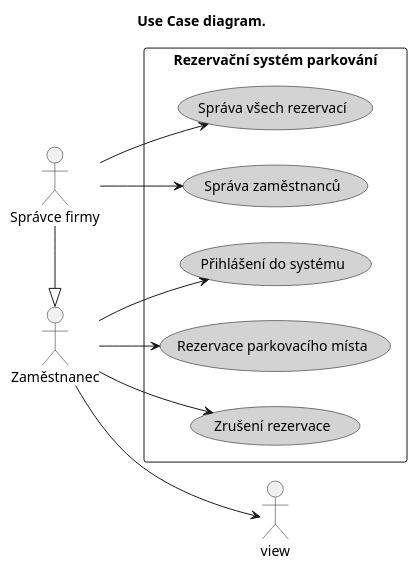
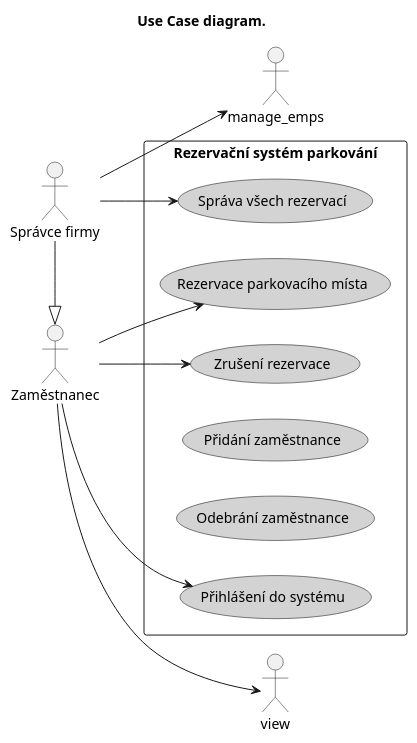
The diagram in docs/diagramy/use-case.puml (AidenCze/SWI-Project), drawn with PlantUML before and after one commit.

Commit message:
Update use cases for employee management

```diff
--- a/docs/diagramy/use-case.puml
+++ b/docs/diagramy/use-case.puml
@@ -1,44 +1,46 @@
 @startuml
 title Use Case diagram.
 
 left to right direction
 skinparam packageStyle rectangle
 
 ' Nastavení barev
 skinparam usecase {
     BackgroundColor LightGray
     BorderColor Black
 }
 
 actor "Zaměstnanec" as emp
 actor "Správce firmy" as admin
 
 ' Správce dědí práva od zaměstnance
 admin -|> emp
 
 rectangle "Rezervační systém parkování" {
     
     ' Společný Use Case
     usecase "Přihlášení do systému" as login
     
     ' Use Casy Zaměstnance
   
     usecase "Rezervace parkovacího místa" as reserve
     usecase "Zrušení rezervace" as cancel
     
     ' Specifické Use Casy pouze pro Správce
-    usecase "Správa zaměstnanců" as manage_emps
+    usecase "Přidání zaměstnance" as add_emp
+    usecase "Odebrání zaměstnance" as delete_emp
     usecase "Správa všech rezervací" as manage_all_res
+    usecase "Odebrání zaměstnance" as delete_emp
 }
 
 ' Propojení aktéra Zaměstnanec
 emp --> login
 emp --> view
 emp --> reserve
 emp --> cancel
 
 ' Propojení aktéra Správce (zbytek dědí)
 admin --> manage_emps
 admin --> manage_all_res
 
 @enduml
```
